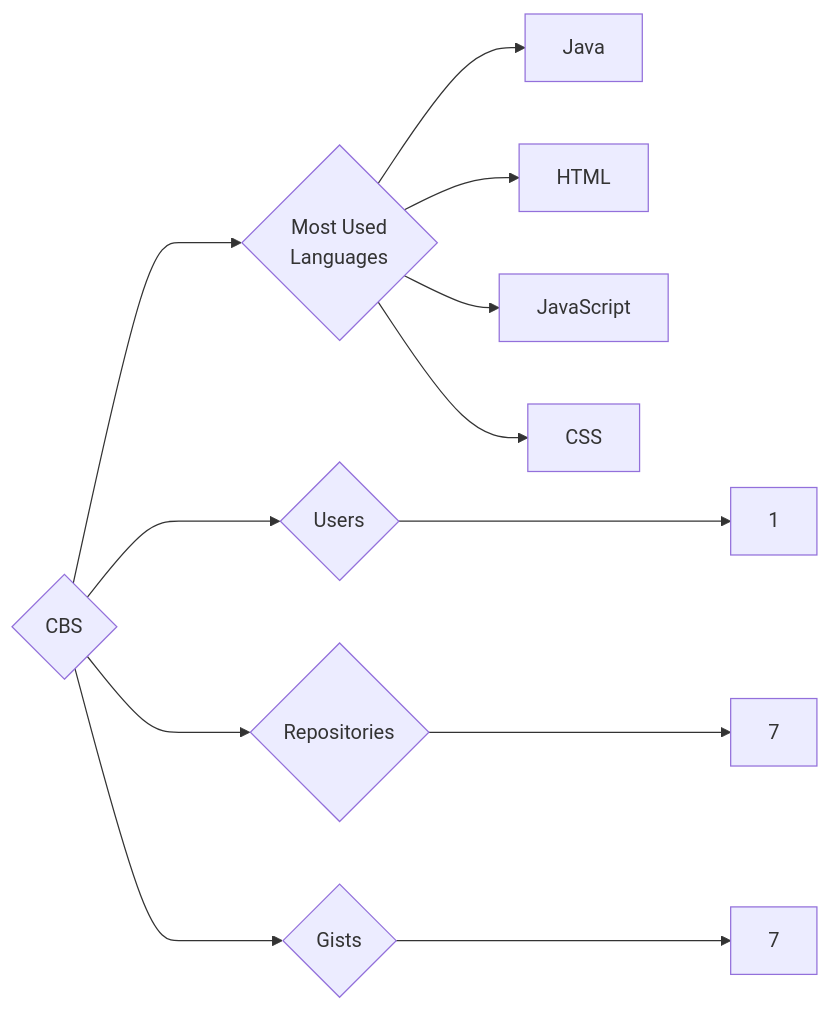
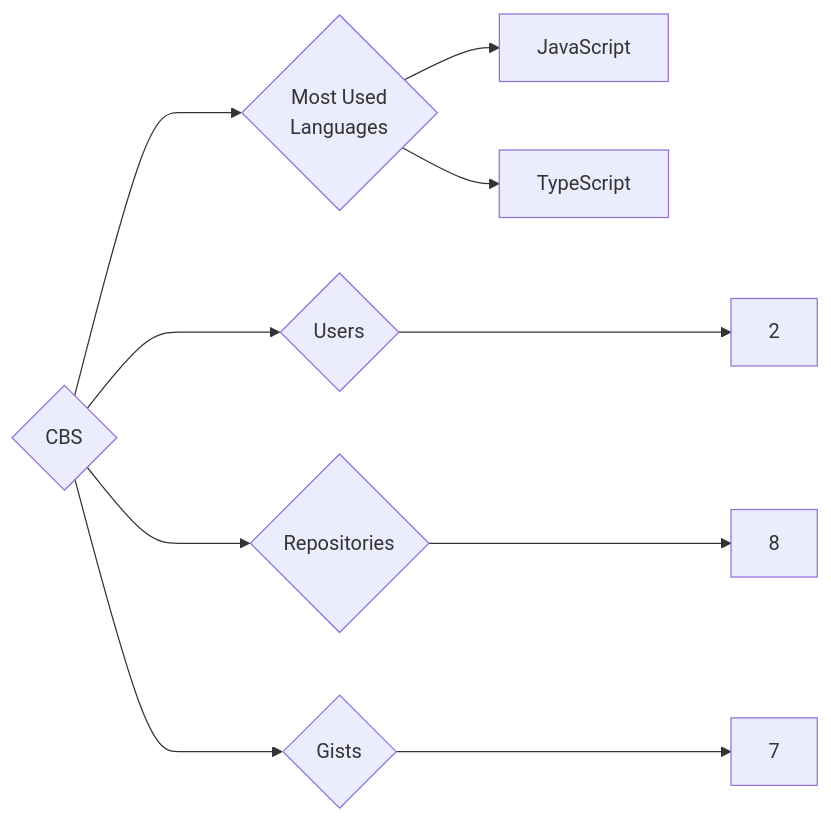
One commit to trickest/insiders changed the diagram in targets/CBS/README.md. Above: the diagram before and after it, drawn with Mermaid. The commit also changed 998 other files, not shown here.

````diff
--- a/targets/CBS/README.md
+++ b/targets/CBS/README.md
@@ -3,12 +3,10 @@
 ```mermaid
 graph LR
 COMPANY_NAME{CBS}
-COMPANY_NAME ---> U{Users} ---> UN[1]
-COMPANY_NAME ---> R{Repositories} ---> RN[7]
+COMPANY_NAME ---> U{Users} ---> UN[2]
+COMPANY_NAME ---> R{Repositories} ---> RN[8]
 COMPANY_NAME ---> G{Gists} ---> GN[7]
 COMPANY_NAME ---> ML{Most Used<br>Languages}
-ML --> Java[Java]
-ML --> HTML[HTML]
 ML --> JavaScript[JavaScript]
-ML --> CSS[CSS]
+ML --> TypeScript[TypeScript]
 ```
````
